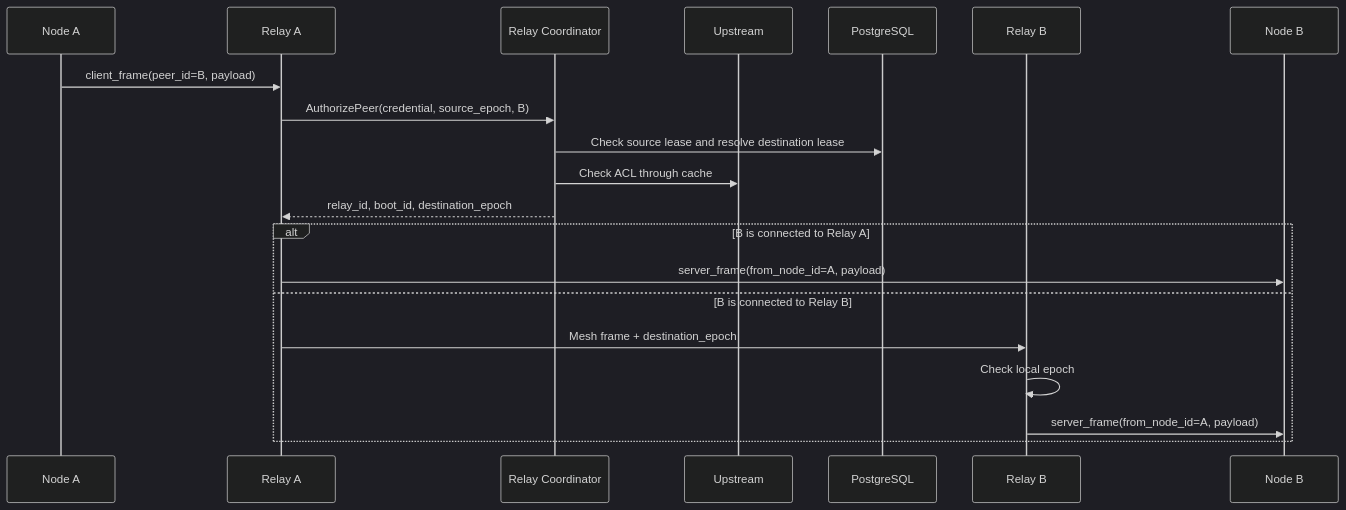
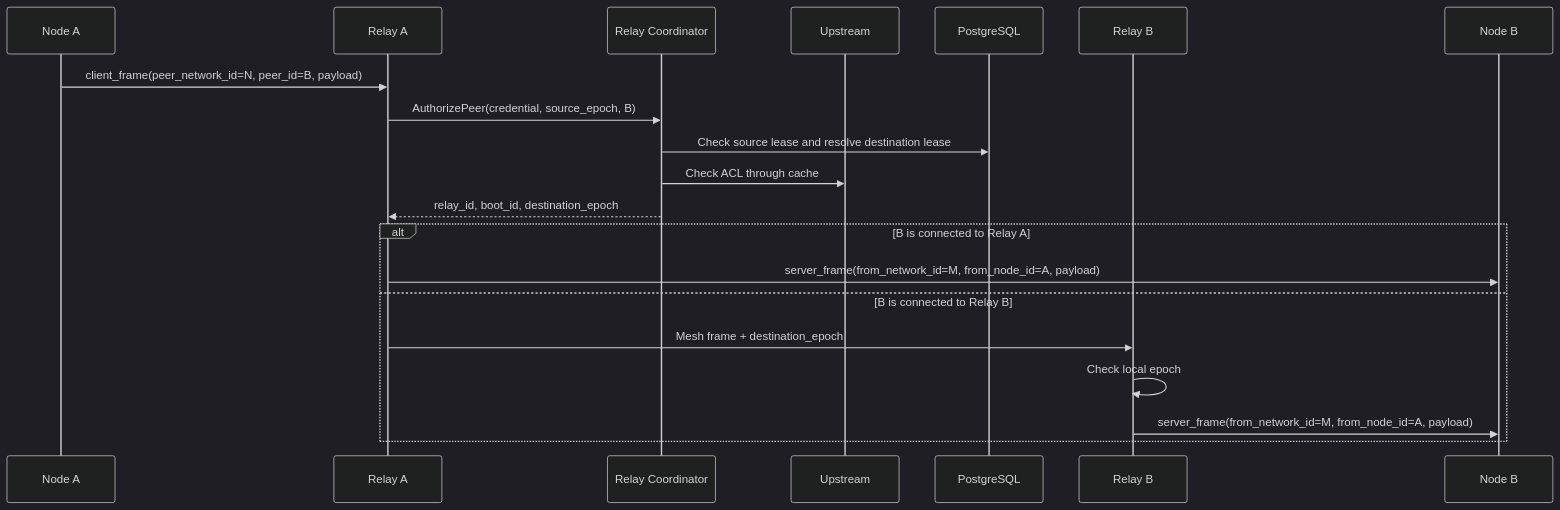
The second of 2 diagrams in docs/architecture.md (endless-net/relay), drawn with Mermaid (dark theme) before and after one commit. The commit also changed other lines of this file and 33 other files, not shown here.

First line of the commit message:
feat: scope Relay peer routing by destination network (#22)

````diff
--- a/docs/architecture.md
+++ b/docs/architecture.md
@@ -118,23 +118,23 @@
 ```mermaid
 sequenceDiagram
     participant A as Node A
     participant RA as Relay A
     participant RC as Relay Coordinator
     participant UP as Upstream
     participant PG as PostgreSQL
     participant RB as Relay B
     participant B as Node B
 
-    A->>RA: client_frame(peer_id=B, payload)
+    A->>RA: client_frame(peer_network_id=N, peer_id=B, payload)
     RA->>RC: AuthorizePeer(credential, source_epoch, B)
     RC->>PG: Check source lease and resolve destination lease
     RC->>UP: Check ACL through cache
     RC-->>RA: relay_id, boot_id, destination_epoch
     alt B is connected to Relay A
-        RA->>B: server_frame(from_node_id=A, payload)
+        RA->>B: server_frame(from_network_id=M, from_node_id=A, payload)
     else B is connected to Relay B
         RA->>RB: Mesh frame + destination_epoch
         RB->>RB: Check local epoch
-        RB->>B: server_frame(from_node_id=A, payload)
+        RB->>B: server_frame(from_network_id=M, from_node_id=A, payload)
     end
 ```
````
